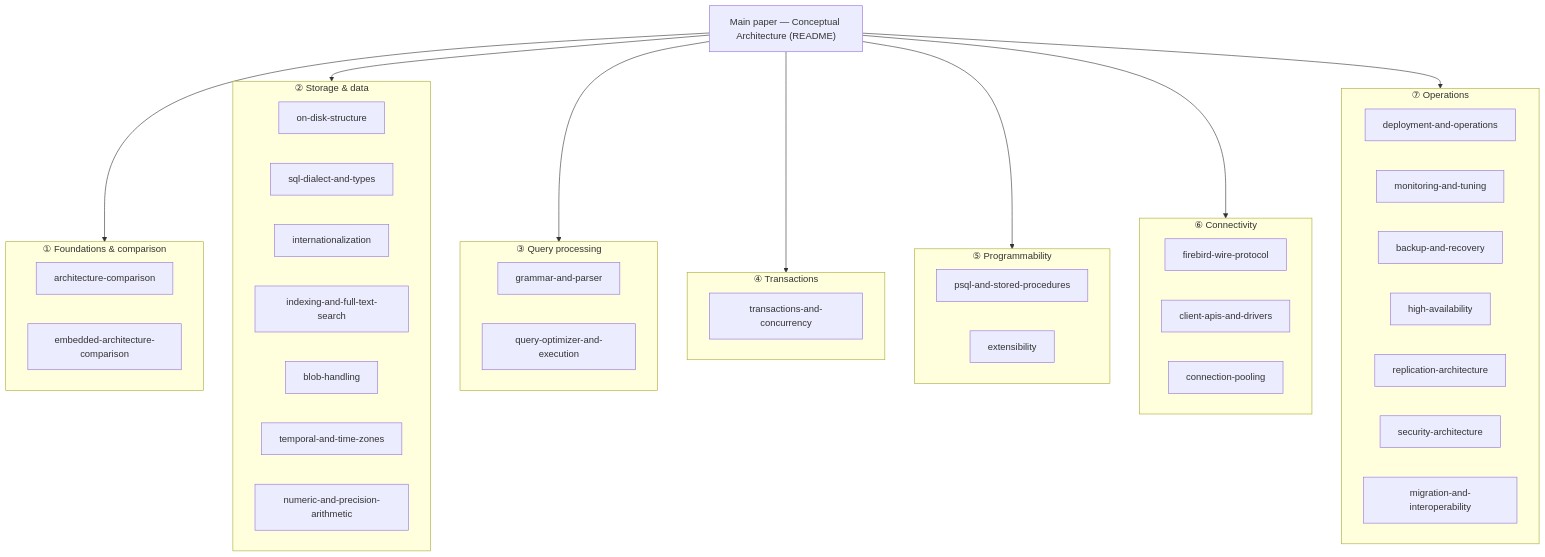
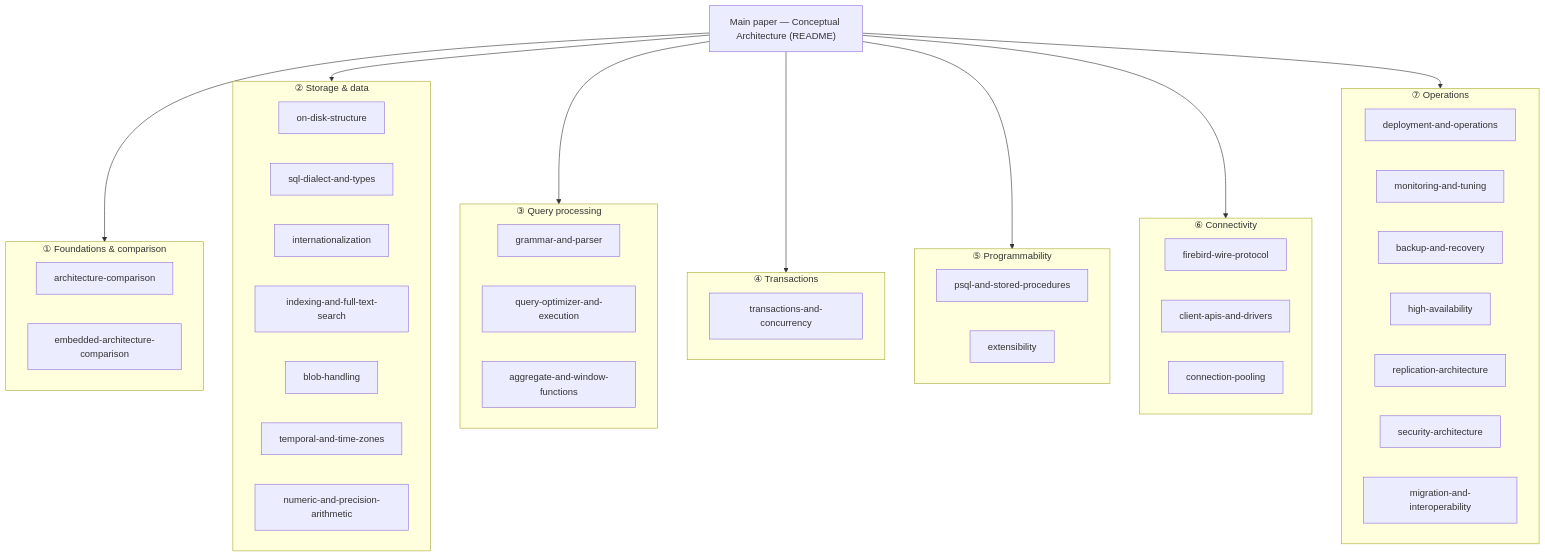
Before and after one commit to mariuz/conceptual-architecture-for-firebird-paper: the diagram in READING-GUIDE.md, drawn with Mermaid. The commit also changed other lines of this file and 2 other files, not shown here.

First line of the commit message:
Add aggregate, window and analytical functions document

````diff
--- a/READING-GUIDE.md
+++ b/READING-GUIDE.md
@@ -9,45 +9,46 @@
 ```mermaid
 flowchart TB
     PAPER["Main paper — Conceptual Architecture (README)"]
 
     PAPER --> T1 & T2 & T3 & T4 & T5 & T6 & T7
 
     subgraph T1["① Foundations & comparison"]
         A1["architecture-comparison"]
         A2["embedded-architecture-comparison"]
     end
     subgraph T2["② Storage & data"]
         B1["on-disk-structure"]
         B2["sql-dialect-and-types"]
         B3["internationalization"]
         B4["indexing-and-full-text-search"]
         B5["blob-handling"]
         B6["temporal-and-time-zones"]
         B7["numeric-and-precision-arithmetic"]
     end
     subgraph T3["③ Query processing"]
         C1["grammar-and-parser"]
         C2["query-optimizer-and-execution"]
+        C3["aggregate-and-window-functions"]
     end
     subgraph T4["④ Transactions"]
         D1["transactions-and-concurrency"]
     end
     subgraph T5["⑤ Programmability"]
         E1["psql-and-stored-procedures"]
         E2["extensibility"]
     end
     subgraph T6["⑥ Connectivity"]
         F1["firebird-wire-protocol"]
         F2["client-apis-and-drivers"]
         F3["connection-pooling"]
     end
     subgraph T7["⑦ Operations"]
         G1["deployment-and-operations"]
         G2["monitoring-and-tuning"]
         G3["backup-and-recovery"]
         G4["high-availability"]
         G5["replication-architecture"]
         G6["security-architecture"]
         G7["migration-and-interoperability"]
     end
 ```
````
